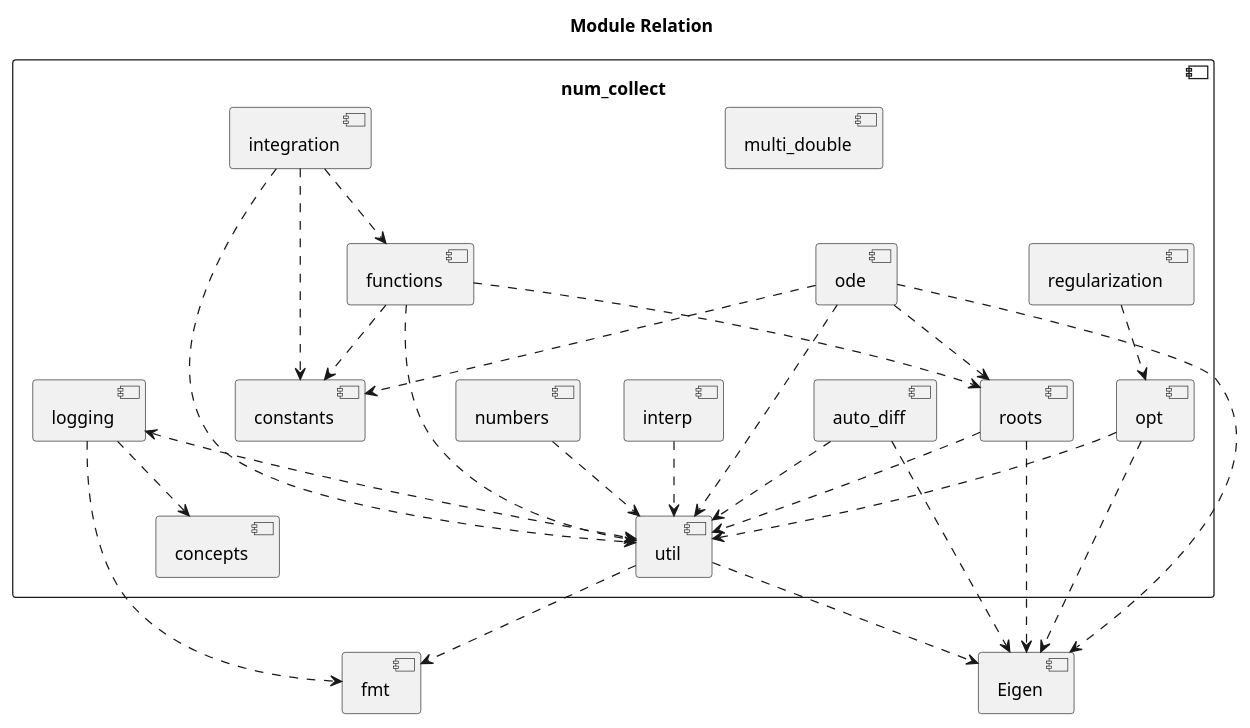
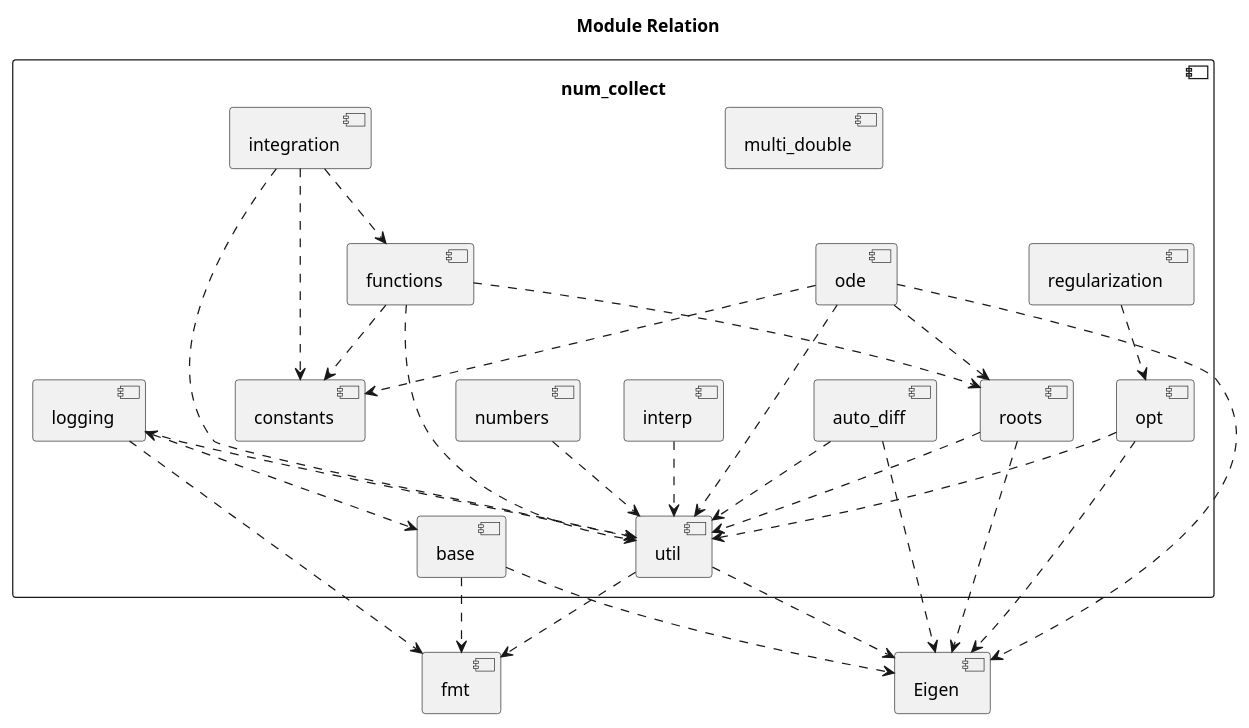
One commit to MusicScience37/numerical-collection-cpp changed the diagram in doc/sphinx/src/modules.rst. Above: the diagram before and after it, drawn with PlantUML. The commit also changed other lines of this file and 121 other files, not shown here.

```diff
--- a/doc/sphinx/src/modules.rst
+++ b/doc/sphinx/src/modules.rst
@@ -6,60 +6,62 @@
 .. uml::
 
     title Module Relation
 
     component fmt
     component Eigen
 
     component num_collect {
-        component concepts
+        component base
+        base ..> fmt
+        base ..> Eigen
 
         component util
         util ..> fmt
         util ..> Eigen
 
         component logging
         logging ..> fmt
-        logging <..> util
-        logging ..> concepts
+        logging <..> base
+        logging ..> util
 
         component auto_diff
         auto_diff ..> util
         auto_diff ..> Eigen
 
         component opt
         opt ..> util
         opt ..> Eigen
 
         component regularization
         regularization ..> opt
 
         component interp
         interp ..> util
 
         component numbers
         numbers ..> util
 
         component multi_double
 
         component constants
 
         component roots
         roots ..> util
         roots ..> Eigen
 
         component functions
         functions ..> util
         functions ..> constants
         functions ..> roots
 
         component integration
         integration ..> util
         integration ..> constants
         integration ..> functions
 
         component ode
         ode ..> util
         ode ..> constants
         ode ..> roots
         ode ..> Eigen
     }
```
